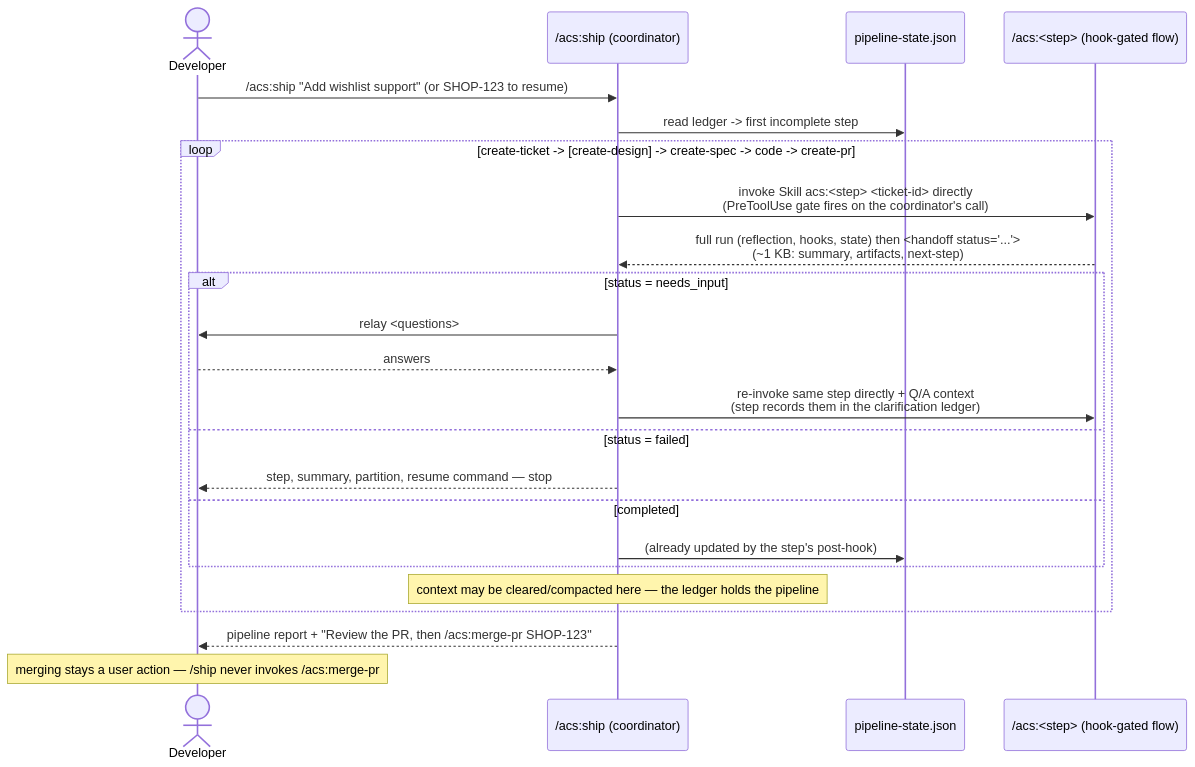
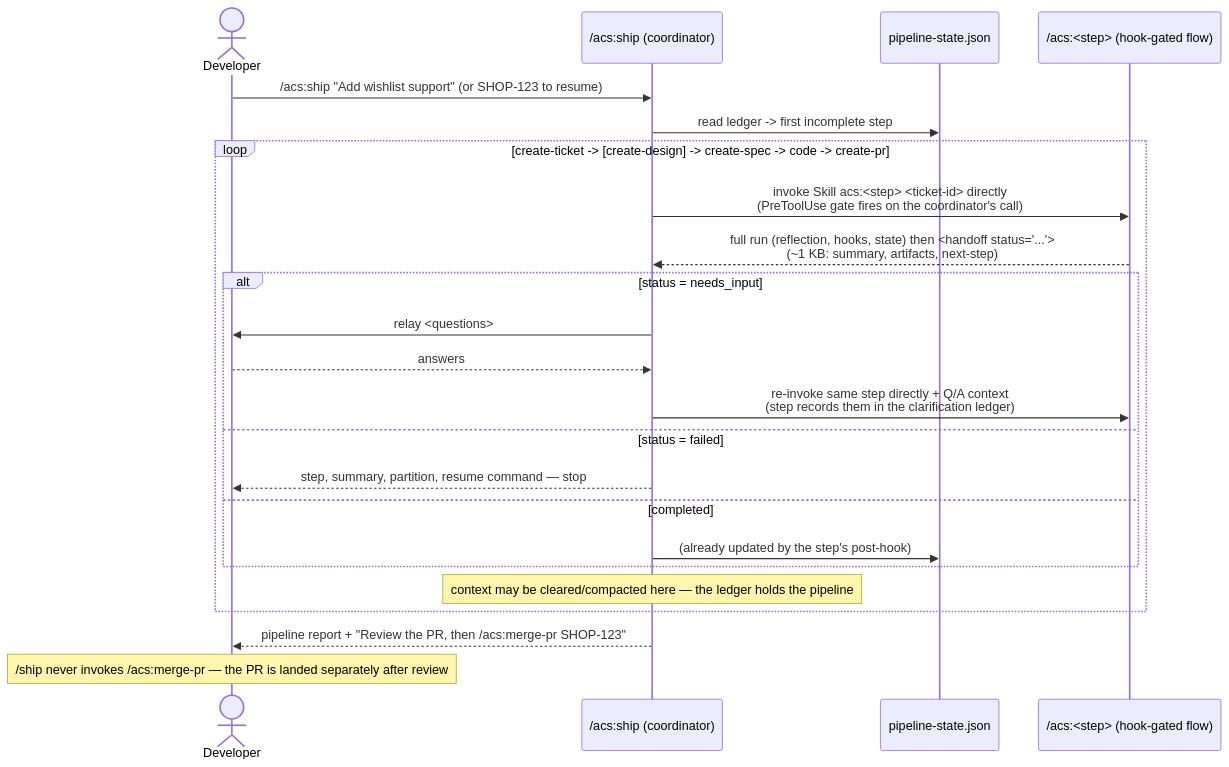
The diagram in docs/architecture/lld/flows/ship-pipeline.md (globalmindsolution/gms-marketplace), drawn with Mermaid before and after one commit. The commit also changed 10 other files, not shown here.

First line of the commit message:
[MAR-42] Allow agent/model invocation of /acs:merge-pr (#106)

````diff
--- a/docs/architecture/lld/flows/ship-pipeline.md
+++ b/docs/architecture/lld/flows/ship-pipeline.md
@@ -8,26 +8,26 @@
 ```mermaid
 sequenceDiagram
     actor Dev as Developer
     participant SH as /acs:ship (coordinator)
     participant WS as pipeline-state.json
     participant SK as /acs:<step> (hook-gated flow)
 
     Dev->>SH: /acs:ship "Add wishlist support"  (or SHOP-123 to resume)
     SH->>WS: read ledger -> first incomplete step
     loop create-ticket -> [create-design] -> create-spec -> code -> create-pr
         SH->>SK: invoke Skill acs:<step> <ticket-id> directly<br/>(PreToolUse gate fires on the coordinator's call)
         SK-->>SH: full run (reflection, hooks, state) then <handoff status="..."><br/>(~1 KB: summary, artifacts, next-step)
         alt status = needs_input
             SH->>Dev: relay <questions>
             Dev-->>SH: answers
             SH->>SK: re-invoke same step directly + Q/A context<br/>(step records them in the clarification ledger)
         else status = failed
             SH-->>Dev: step, summary, partition, resume command — stop
         else completed
             SH->>WS: (already updated by the step's post-hook)
         end
         note over SH: context may be cleared/compacted here — the ledger holds the pipeline
     end
     SH-->>Dev: pipeline report + "Review the PR, then /acs:merge-pr SHOP-123"
-    note over Dev: merging stays a user action — /ship never invokes /acs:merge-pr
+    note over Dev: /ship never invokes /acs:merge-pr — the PR is landed separately after review
 ```
````
